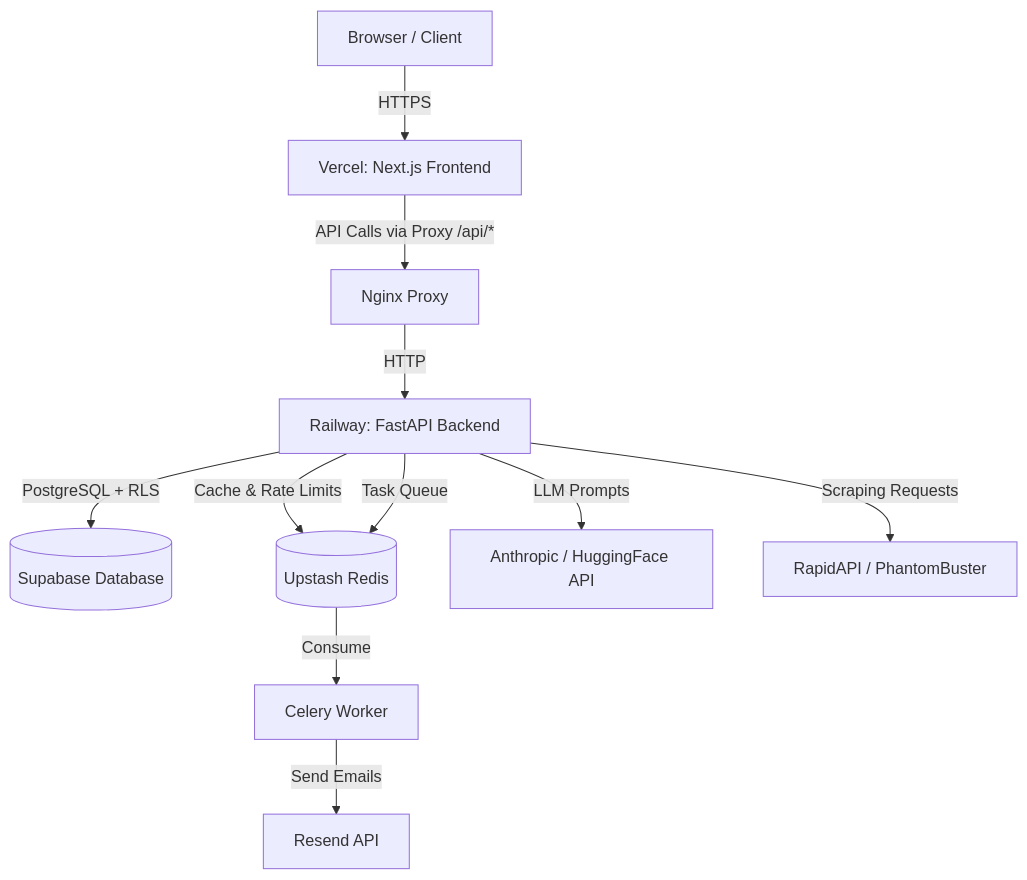
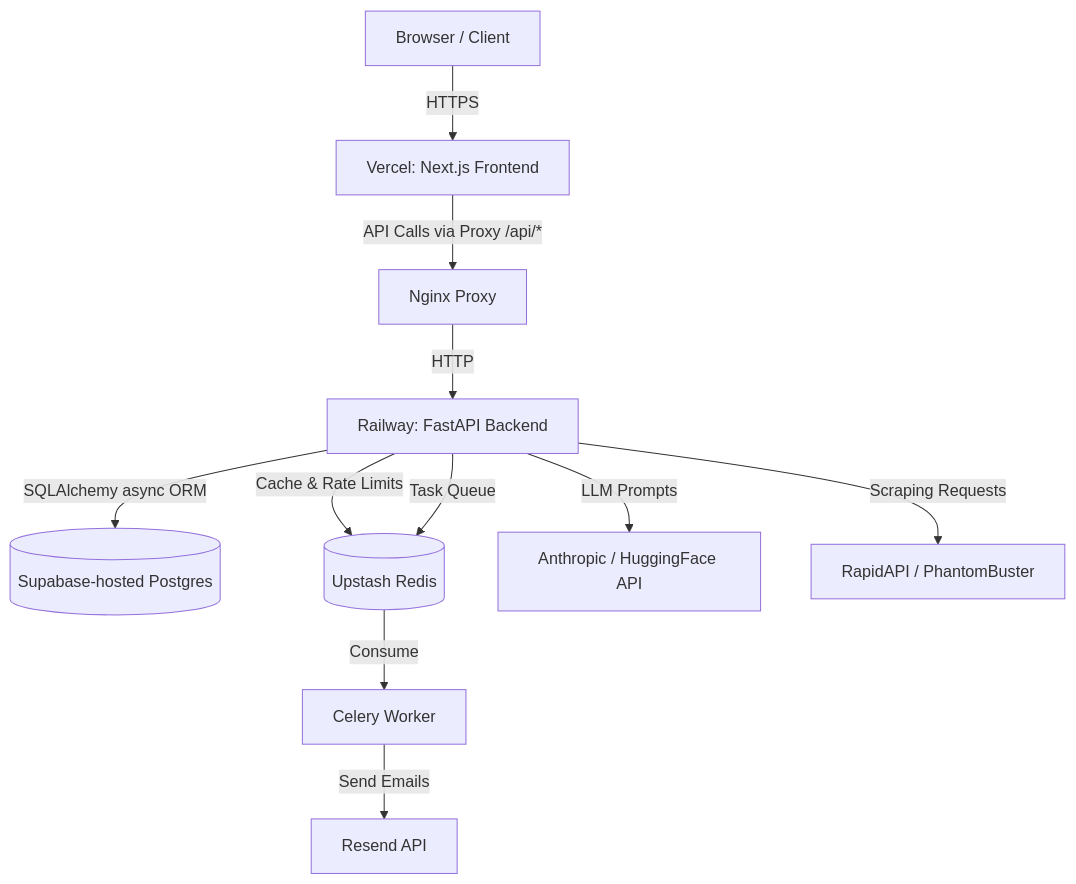
Before and after one commit to s4nkar/JobNok-ai-job-search-automation-platform: the diagram in docs/architecture.md, drawn with Mermaid. The commit also changed other lines of this file and 33 other files, not shown here.

Commit message:
feat: implement SQLAlchemy ORM and central model registry

````diff
--- a/docs/architecture.md
+++ b/docs/architecture.md
@@ -7,13 +7,13 @@
 ```mermaid
 graph TD
     Client[Browser / Client] --> |HTTPS| Vercel[Vercel: Next.js Frontend]
     Vercel --> |API Calls via Proxy /api/*| Nginx[Nginx Proxy]
     Nginx --> |HTTP| FastAPI[Railway: FastAPI Backend]
-    FastAPI --> |PostgreSQL + RLS| Supabase[(Supabase Database)]
+    FastAPI --> |SQLAlchemy async ORM| Supabase[(Supabase-hosted Postgres)]
     FastAPI --> |Cache & Rate Limits| Redis[(Upstash Redis)]
     FastAPI --> |Task Queue| Redis
     Redis --> |Consume| Celery[Celery Worker]
     Celery --> |Send Emails| Resend[Resend API]
     FastAPI --> |LLM Prompts| AI[Anthropic / HuggingFace API]
     FastAPI --> |Scraping Requests| RapidAPI[RapidAPI / PhantomBuster]
 ```
````
